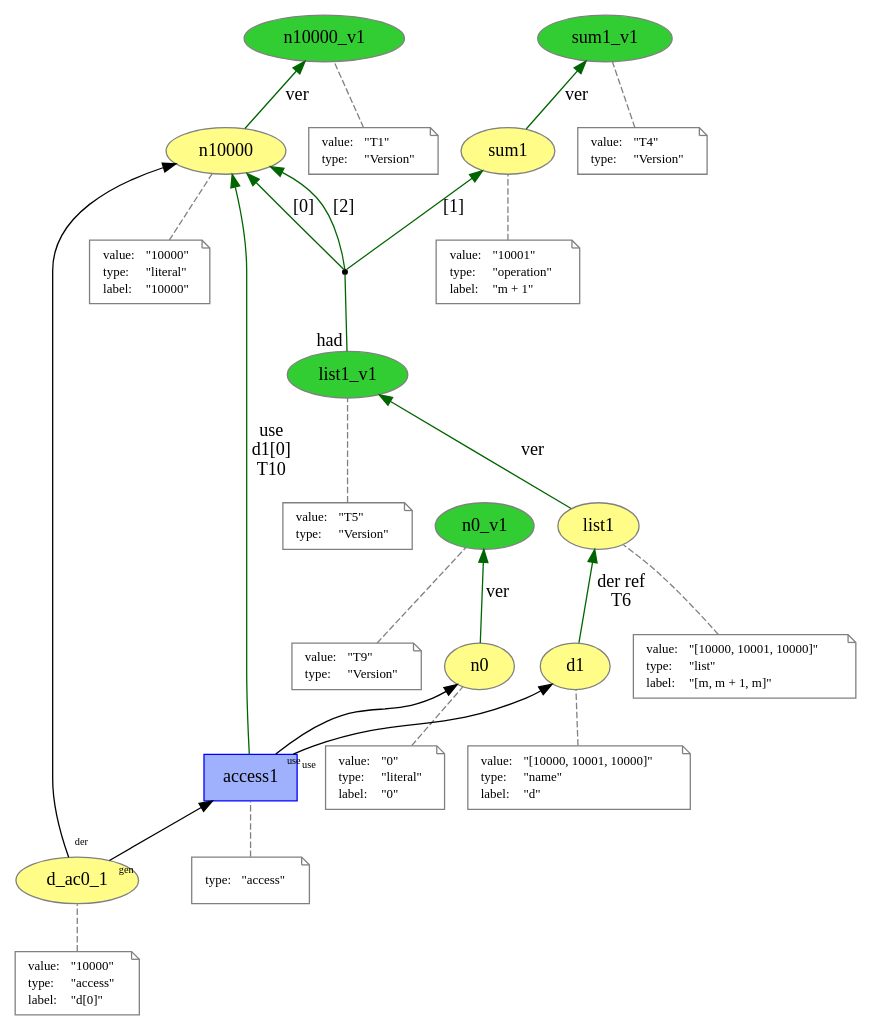
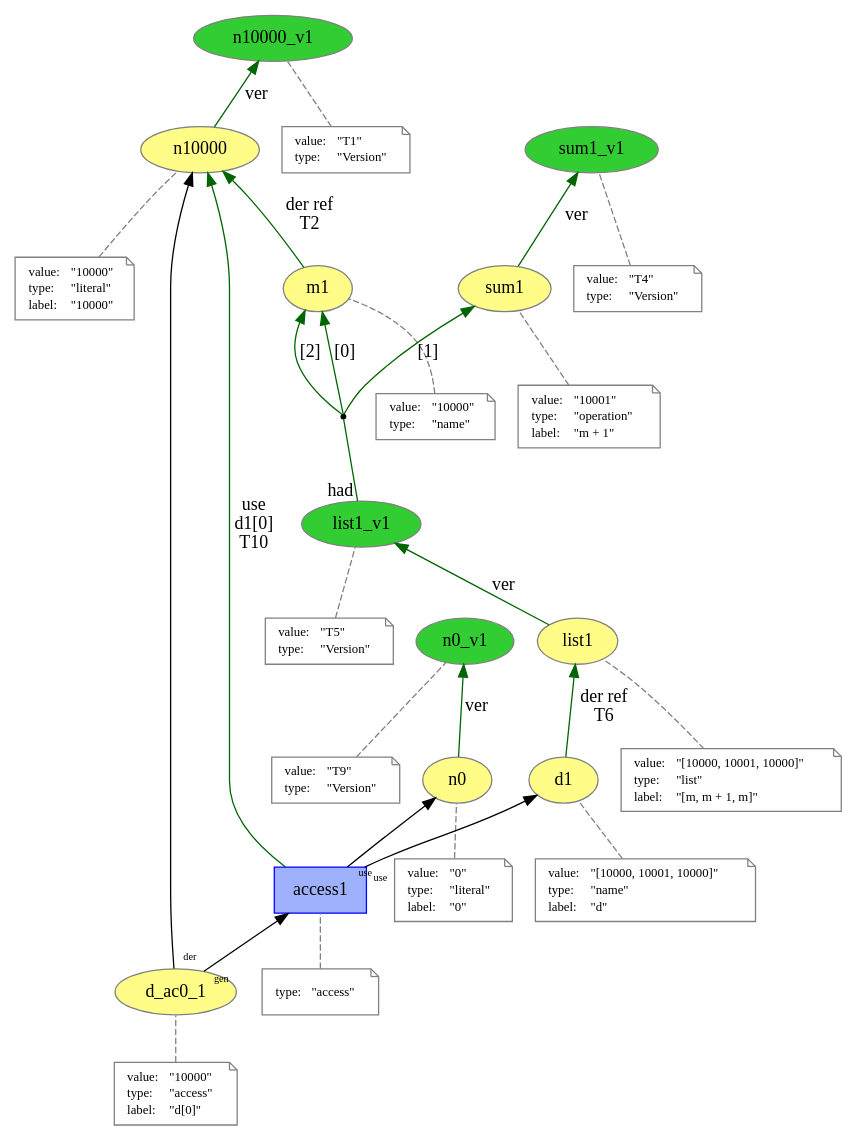
Before and after one commit to dew-uff/versioned-prov: the diagram in explicit_versioned/access.dot, drawn with Graphviz. The commit also changed 47 other files, not shown here.

```diff
--- a/explicit_versioned/access.dot
+++ b/explicit_versioned/access.dot
@@ -1,172 +1,186 @@
 digraph "PROV" { size="16,12"; rankdir="BT";
 "http://example.org/n10000" [fillcolor="#FFFC87",color="#808080",style="filled",label="n10000",URL="http://example.org/n10000"]
 "-attrs0" [color="gray",shape="note",fontsize="10",fontcolor="black",label=<<TABLE cellpadding="0" border="0">
 	<TR>
 	    <TD align="left">value:</TD>
 	    <TD align="left">&quot;10000&quot;</TD>
 	</TR>
 	<TR>
 	    <TD align="left">type:</TD>
 	    <TD align="left">&quot;literal&quot;</TD>
 	</TR>
 	<TR>
 	    <TD align="left">label:</TD>
 	    <TD align="left">&quot;10000&quot;</TD>
 	</TR>
 </TABLE>>]
 "-attrs0" -> "http://example.org/n10000" [color="gray",style="dashed",arrowhead="none"]
 "http://example.org/n10000_v1" [fillcolor="#32CD32",color="#808080",style="filled",label="n10000_v1",URL="http://example.org/n10000_v1"]
 "-attrs1" [color="gray",shape="note",fontsize="10",fontcolor="black",label=<<TABLE cellpadding="0" border="0">
 	<TR>
 	    <TD align="left">value:</TD>
 	    <TD align="left">&quot;T1&quot;</TD>
 	</TR>
 	<TR>
 	    <TD align="left">type:</TD>
 	    <TD align="left">&quot;Version&quot;</TD>
 	</TR>
 </TABLE>>]
 "-attrs1" -> "http://example.org/n10000_v1" [color="gray",style="dashed",arrowhead="none"]
 "http://example.org/n10000" -> "http://example.org/n10000_v1" [labelfontsize="8",labeldistance="1.5",color="darkgreen",labelangle="60.0",rotation="20",label="ver"]
+"http://example.org/m1" [fillcolor="#FFFC87",color="#808080",style="filled",label="m1",URL="http://example.org/m1"]
+"-attrs2" [color="gray",shape="note",fontsize="10",fontcolor="black",label=<<TABLE cellpadding="0" border="0">
+	<TR>
+	    <TD align="left">value:</TD>
+	    <TD align="left">&quot;10000&quot;</TD>
+	</TR>
+	<TR>
+	    <TD align="left">type:</TD>
+	    <TD align="left">&quot;name&quot;</TD>
+	</TR>
+</TABLE>>]
+"-attrs2" -> "http://example.org/m1" [color="gray",style="dashed",arrowhead="none"]
+"http://example.org/m1" -> "http://example.org/n10000" [labelfontsize="8",labeldistance="1.5",color="darkgreen",labelangle="60.0",rotation="20",label="der ref
+T2"]
 "http://example.org/sum1" [fillcolor="#FFFC87",color="#808080",style="filled",label="sum1",URL="http://example.org/sum1"]
-"-attrs2" [color="gray",shape="note",fontsize="10",fontcolor="black",label=<<TABLE cellpadding="0" border="0">
+"-attrs3" [color="gray",shape="note",fontsize="10",fontcolor="black",label=<<TABLE cellpadding="0" border="0">
 	<TR>
 	    <TD align="left">value:</TD>
 	    <TD align="left">&quot;10001&quot;</TD>
 	</TR>
 	<TR>
 	    <TD align="left">type:</TD>
 	    <TD align="left">&quot;operation&quot;</TD>
 	</TR>
 	<TR>
 	    <TD align="left">label:</TD>
 	    <TD align="left">&quot;m + 1&quot;</TD>
 	</TR>
 </TABLE>>]
-"-attrs2" -> "http://example.org/sum1" [color="gray",style="dashed",arrowhead="none"]
+"-attrs3" -> "http://example.org/sum1" [color="gray",style="dashed",arrowhead="none"]
 "http://example.org/sum1_v1" [fillcolor="#32CD32",color="#808080",style="filled",label="sum1_v1",URL="http://example.org/sum1_v1"]
-"-attrs3" [color="gray",shape="note",fontsize="10",fontcolor="black",label=<<TABLE cellpadding="0" border="0">
+"-attrs4" [color="gray",shape="note",fontsize="10",fontcolor="black",label=<<TABLE cellpadding="0" border="0">
 	<TR>
 	    <TD align="left">value:</TD>
 	    <TD align="left">&quot;T4&quot;</TD>
 	</TR>
 	<TR>
 	    <TD align="left">type:</TD>
 	    <TD align="left">&quot;Version&quot;</TD>
 	</TR>
 </TABLE>>]
-"-attrs3" -> "http://example.org/sum1_v1" [color="gray",style="dashed",arrowhead="none"]
+"-attrs4" -> "http://example.org/sum1_v1" [color="gray",style="dashed",arrowhead="none"]
 "http://example.org/sum1" -> "http://example.org/sum1_v1" [labelfontsize="8",labeldistance="1.5",color="darkgreen",labelangle="60.0",rotation="20",label="ver"]
 "http://example.org/list1" [fillcolor="#FFFC87",color="#808080",style="filled",label="list1",URL="http://example.org/list1"]
-"-attrs4" [color="gray",shape="note",fontsize="10",fontcolor="black",label=<<TABLE cellpadding="0" border="0">
+"-attrs5" [color="gray",shape="note",fontsize="10",fontcolor="black",label=<<TABLE cellpadding="0" border="0">
 	<TR>
 	    <TD align="left">value:</TD>
 	    <TD align="left">&quot;[10000, 10001, 10000]&quot;</TD>
 	</TR>
 	<TR>
 	    <TD align="left">type:</TD>
 	    <TD align="left">&quot;list&quot;</TD>
 	</TR>
 	<TR>
 	    <TD align="left">label:</TD>
 	    <TD align="left">&quot;[m, m + 1, m]&quot;</TD>
 	</TR>
 </TABLE>>]
-"-attrs4" -> "http://example.org/list1" [color="gray",style="dashed",arrowhead="none"]
+"-attrs5" -> "http://example.org/list1" [color="gray",style="dashed",arrowhead="none"]
 "http://example.org/list1_v1" [fillcolor="#32CD32",color="#808080",style="filled",label="list1_v1",URL="http://example.org/list1_v1"]
-"-attrs5" [color="gray",shape="note",fontsize="10",fontcolor="black",label=<<TABLE cellpadding="0" border="0">
+"-attrs6" [color="gray",shape="note",fontsize="10",fontcolor="black",label=<<TABLE cellpadding="0" border="0">
 	<TR>
 	    <TD align="left">value:</TD>
 	    <TD align="left">&quot;T5&quot;</TD>
 	</TR>
 	<TR>
 	    <TD align="left">type:</TD>
 	    <TD align="left">&quot;Version&quot;</TD>
 	</TR>
 </TABLE>>]
-"-attrs5" -> "http://example.org/list1_v1" [color="gray",style="dashed",arrowhead="none"]
+"-attrs6" -> "http://example.org/list1_v1" [color="gray",style="dashed",arrowhead="none"]
 "http://example.org/list1" -> "http://example.org/list1_v1" [labelfontsize="8",labeldistance="1.5",color="darkgreen",labelangle="60.0",rotation="20",label="ver"]
 "bn0" [shape="point",label=""]
 "http://example.org/list1_v1" -> "bn0" [arrowhead="none",taillabel="had",color="darkgreen"]
-"bn0" -> "http://example.org/n10000" [labelfontsize="8",labeldistance="1.5",color="darkgreen",labelangle="60.0",rotation="20",label="[0]"]
+"bn0" -> "http://example.org/m1" [labelfontsize="8",labeldistance="1.5",color="darkgreen",labelangle="60.0",rotation="20",label="[0]"]
 "bn0" -> "http://example.org/sum1" [labelfontsize="8",labeldistance="1.5",color="darkgreen",labelangle="60.0",rotation="20",label="[1]"]
-"bn0" -> "http://example.org/n10000" [labelfontsize="8",labeldistance="1.5",color="darkgreen",labelangle="60.0",rotation="20",label="[2]"]
+"bn0" -> "http://example.org/m1" [labelfontsize="8",labeldistance="1.5",color="darkgreen",labelangle="60.0",rotation="20",label="[2]"]
 "http://example.org/d1" [fillcolor="#FFFC87",color="#808080",style="filled",label="d1",URL="http://example.org/d1"]
-"-attrs6" [color="gray",shape="note",fontsize="10",fontcolor="black",label=<<TABLE cellpadding="0" border="0">
+"-attrs7" [color="gray",shape="note",fontsize="10",fontcolor="black",label=<<TABLE cellpadding="0" border="0">
 	<TR>
 	    <TD align="left">value:</TD>
 	    <TD align="left">&quot;[10000, 10001, 10000]&quot;</TD>
 	</TR>
 	<TR>
 	    <TD align="left">type:</TD>
 	    <TD align="left">&quot;name&quot;</TD>
 	</TR>
 	<TR>
 	    <TD align="left">label:</TD>
 	    <TD align="left">&quot;d&quot;</TD>
 	</TR>
 </TABLE>>]
-"-attrs6" -> "http://example.org/d1" [color="gray",style="dashed",arrowhead="none"]
+"-attrs7" -> "http://example.org/d1" [color="gray",style="dashed",arrowhead="none"]
 "http://example.org/d1" -> "http://example.org/list1" [labelfontsize="8",labeldistance="1.5",color="darkgreen",labelangle="60.0",rotation="20",label="der ref
 T6"]
 "http://example.org/n0" [fillcolor="#FFFC87",color="#808080",style="filled",label="n0",URL="http://example.org/n0"]
-"-attrs7" [color="gray",shape="note",fontsize="10",fontcolor="black",label=<<TABLE cellpadding="0" border="0">
+"-attrs8" [color="gray",shape="note",fontsize="10",fontcolor="black",label=<<TABLE cellpadding="0" border="0">
 	<TR>
 	    <TD align="left">value:</TD>
 	    <TD align="left">&quot;0&quot;</TD>
 	</TR>
 	<TR>
 	    <TD align="left">type:</TD>
 	    <TD align="left">&quot;literal&quot;</TD>
 	</TR>
 	<TR>
 	    <TD align="left">label:</TD>
 	    <TD align="left">&quot;0&quot;</TD>
 	</TR>
 </TABLE>>]
-"-attrs7" -> "http://example.org/n0" [color="gray",style="dashed",arrowhead="none"]
+"-attrs8" -> "http://example.org/n0" [color="gray",style="dashed",arrowhead="none"]
 "http://example.org/n0_v1" [fillcolor="#32CD32",color="#808080",style="filled",label="n0_v1",URL="http://example.org/n0_v1"]
-"-attrs8" [color="gray",shape="note",fontsize="10",fontcolor="black",label=<<TABLE cellpadding="0" border="0">
+"-attrs9" [color="gray",shape="note",fontsize="10",fontcolor="black",label=<<TABLE cellpadding="0" border="0">
 	<TR>
 	    <TD align="left">value:</TD>
 	    <TD align="left">&quot;T9&quot;</TD>
 	</TR>
 	<TR>
 	    <TD align="left">type:</TD>
 	    <TD align="left">&quot;Version&quot;</TD>
 	</TR>
 </TABLE>>]
-"-attrs8" -> "http://example.org/n0_v1" [color="gray",style="dashed",arrowhead="none"]
+"-attrs9" -> "http://example.org/n0_v1" [color="gray",style="dashed",arrowhead="none"]
 "http://example.org/n0" -> "http://example.org/n0_v1" [labelfontsize="8",labeldistance="1.5",color="darkgreen",labelangle="60.0",rotation="20",label="ver"]
 "http://example.org/d_ac0_1" [fillcolor="#FFFC87",color="#808080",style="filled",label="d_ac0_1",URL="http://example.org/d_ac0_1"]
-"-attrs9" [color="gray",shape="note",fontsize="10",fontcolor="black",label=<<TABLE cellpadding="0" border="0">
+"-attrs10" [color="gray",shape="note",fontsize="10",fontcolor="black",label=<<TABLE cellpadding="0" border="0">
 	<TR>
 	    <TD align="left">value:</TD>
 	    <TD align="left">&quot;10000&quot;</TD>
 	</TR>
 	<TR>
 	    <TD align="left">type:</TD>
 	    <TD align="left">&quot;access&quot;</TD>
 	</TR>
 	<TR>
 	    <TD align="left">label:</TD>
 	    <TD align="left">&quot;d[0]&quot;</TD>
 	</TR>
 </TABLE>>]
-"-attrs9" -> "http://example.org/d_ac0_1" [color="gray",style="dashed",arrowhead="none"]
+"-attrs10" -> "http://example.org/d_ac0_1" [color="gray",style="dashed",arrowhead="none"]
 "http://example.org/access1" [fillcolor="#9FB1FC",color="#0000FF",shape="polygon",sides="4",style="filled",label="access1",URL="http://example.org/access1"]
-"-attrs10" [color="gray",shape="note",fontsize="10",fontcolor="black",label=<<TABLE cellpadding="0" border="0">
+"-attrs11" [color="gray",shape="note",fontsize="10",fontcolor="black",label=<<TABLE cellpadding="0" border="0">
 	<TR>
 	    <TD align="left">type:</TD>
 	    <TD align="left">&quot;access&quot;</TD>
 	</TR>
 </TABLE>>]
-"-attrs10" -> "http://example.org/access1" [color="gray",style="dashed",arrowhead="none"]
+"-attrs11" -> "http://example.org/access1" [color="gray",style="dashed",arrowhead="none"]
 "http://example.org/access1" -> "http://example.org/d1" [labelfontsize="8",labeldistance="1.5",labelangle="60.0",rotation="20",taillabel="use"]
 "http://example.org/access1" -> "http://example.org/n0" [labelfontsize="8",labeldistance="1.5",labelangle="60.0",rotation="20",taillabel="use"]
 "http://example.org/access1" -> "http://example.org/n10000" [labelfontsize="8",labeldistance="1.5",color="darkgreen",labelangle="60.0",rotation="20",label="use
 d1[0]
 T10"]
 "http://example.org/d_ac0_1" -> "http://example.org/access1" [labelfontsize="8",labeldistance="1.5",labelangle="60.0",rotation="20",taillabel="gen"]
 "http://example.org/d_ac0_1" -> "http://example.org/n10000" [labelfontsize="8",labeldistance="1.5",labelangle="60.0",rotation="20",taillabel="der"]
 }
```
